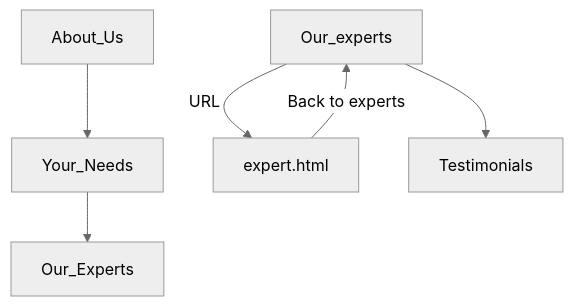
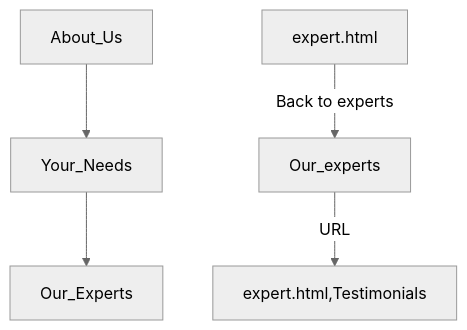
Before and after one commit to FAC29A/alex-portfolio: the diagram in learnings/markup.md, drawn with Mermaid (neutral theme).

````diff
--- a/learnings/markup.md
+++ b/learnings/markup.md
@@ -32,8 +32,7 @@
 ```mermaid
 graph TD;
     About_Us-->Your_Needs;
     Your_Needs-->Our_Experts;
-    Our_experts-->|URL|expert.html;
+    Our_experts-->|URL|expert.html,Testimonials;
     expert.html-->|Back to experts|Our_experts;
-    Our_experts-->Testimonials;
 ```
````
